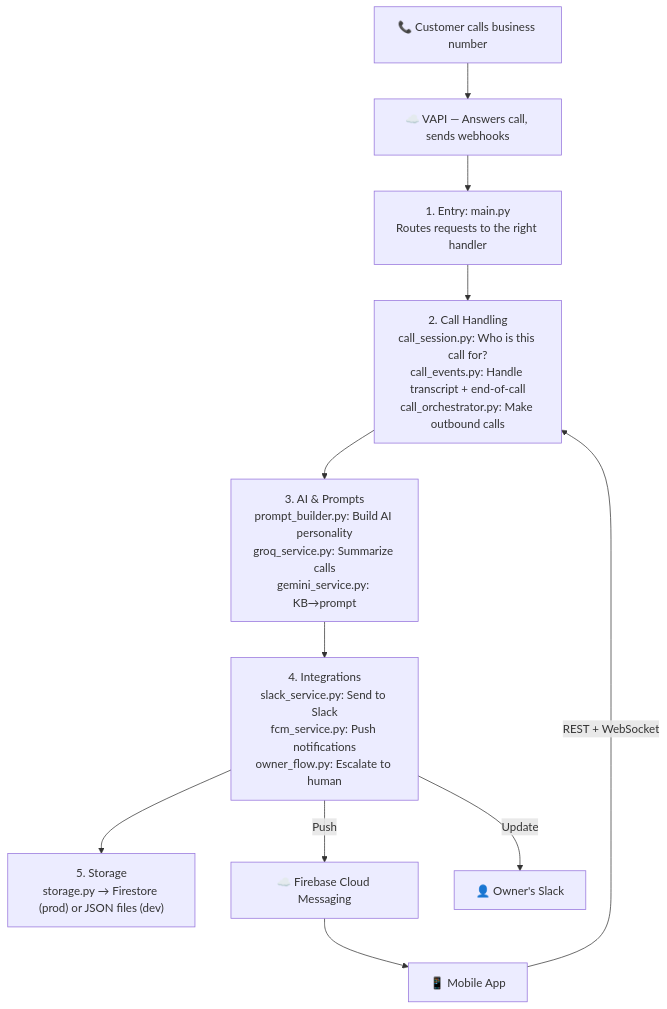
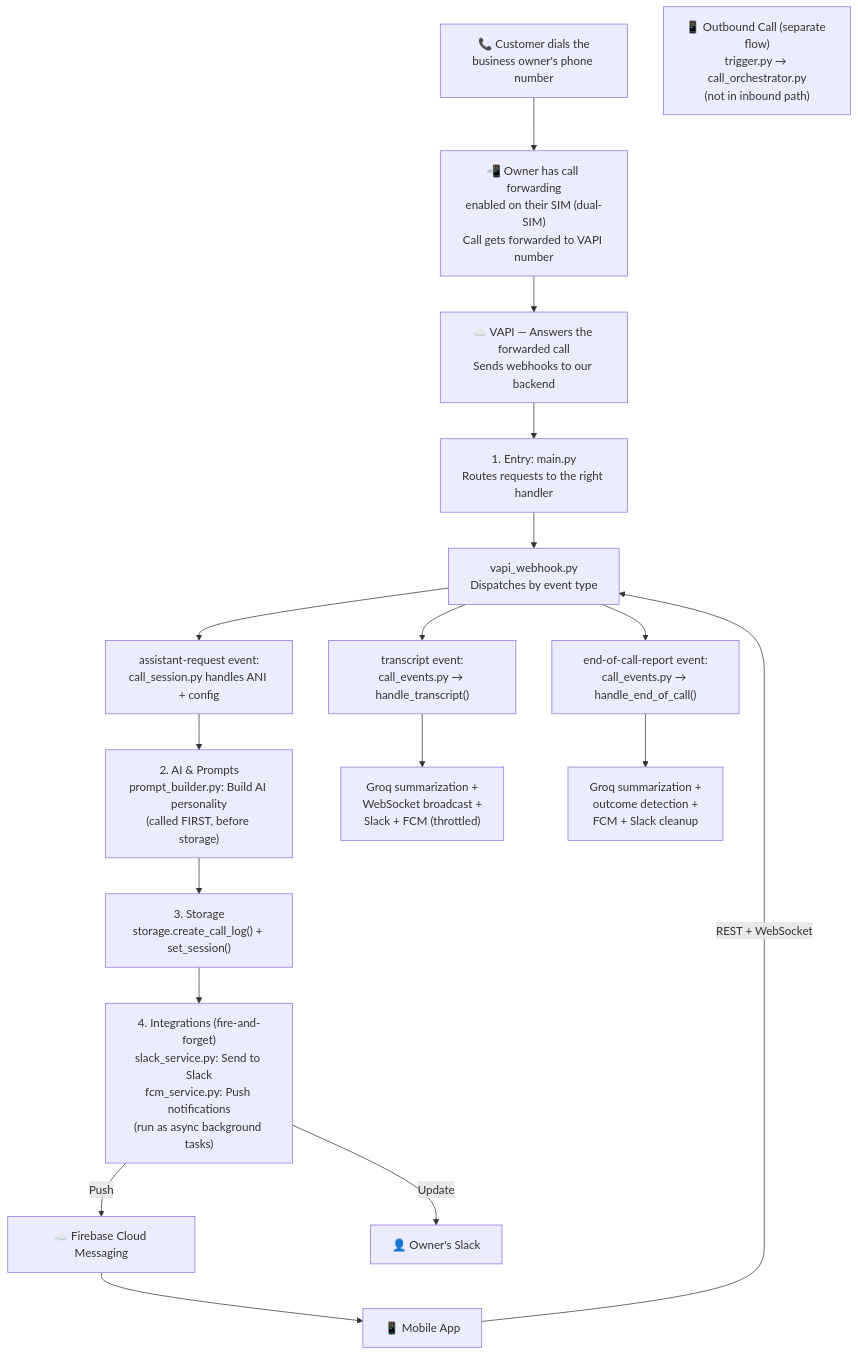
Before and after one commit to sarv-projects/study: the first of 18 diagrams in soundhound_prep/13_SuperOwl_Deep_Dive.md, drawn with Mermaid. The commit also changed other lines of this file and 4 other files, not shown here.

````diff
--- a/soundhound_prep/13_SuperOwl_Deep_Dive.md
+++ b/soundhound_prep/13_SuperOwl_Deep_Dive.md
@@ -18,22 +18,37 @@
 ```mermaid
 flowchart TB
-    Phone["📞 Customer calls business number"] --> VAPI
+    Phone["📞 Customer dials the<br/>business owner's phone number"] --> FORWARD
     
-    VAPI["☁️ VAPI — Answers call, sends webhooks"] --> ENTRY
+    FORWARD["📲 Owner has call forwarding<br/>enabled on their SIM (dual-SIM)<br/>Call gets forwarded to VAPI number"] --> VAPI
     
-    ENTRY["1. Entry: main.py<br/>Routes requests to the right handler"] --> CALLS
+    VAPI["☁️ VAPI — Answers the forwarded call<br/>Sends webhooks to our backend"] --> ENTRY
     
-    CALLS["2. Call Handling<br/>call_session.py: Who is this call for?<br/>call_events.py: Handle transcript + end-of-call<br/>call_orchestrator.py: Make outbound calls"] --> AI
+    ENTRY["1. Entry: main.py<br/>Routes requests to the right handler"] --> WEBHOOK
     
-    AI["3. AI & Prompts<br/>prompt_builder.py: Build AI personality<br/>groq_service.py: Summarize calls<br/>gemini_service.py: KB→prompt"] --> INT
+    WEBHOOK["vapi_webhook.py<br/>Dispatches by event type"] --> INBOUND
+    WEBHOOK --> TRANSCRIPT
+    WEBHOOK --> ENDCALL
     
-    INT["4. Integrations<br/>slack_service.py: Send to Slack<br/>fcm_service.py: Push notifications<br/>owner_flow.py: Escalate to human"] --> STORE
+    INBOUND["assistant-request event:<br/>call_session.py handles ANI + config"] --> AI
     
-    STORE["5. Storage<br/>storage.py → Firestore (prod) or JSON files (dev)"]
+    AI["2. AI & Prompts<br/>prompt_builder.py: Build AI personality<br/>(called FIRST, before storage)"] --> STORE
+    
+    STORE["3. Storage<br/>storage.create_call_log() + set_session()"] --> INT
+    
+    INT["4. Integrations (fire-and-forget)<br/>slack_service.py: Send to Slack<br/>fcm_service.py: Push notifications<br/>(run as async background tasks)"] 
+    
+    TRANSCRIPT["transcript event:<br/>call_events.py → handle_transcript()"] --> T_AI
+    T_AI["Groq summarization +<br/>WebSocket broadcast +<br/>Slack + FCM (throttled)"]
+    
+    ENDCALL["end-of-call-report event:<br/>call_events.py → handle_end_of_call()"] --> E_AI
+    E_AI["Groq summarization +<br/>outcome detection +<br/>FCM + Slack cleanup"]
     
     INT -->|"Push"| FCM["☁️ Firebase Cloud Messaging"]
     FCM --> APP["📱 Mobile App"]
     INT -->|"Update"| SLACK["👤 Owner's Slack"]
     
-    APP -->|"REST + WebSocket"| CALLS
+    APP -->|"REST + WebSocket"| WEBHOOK
+    
+    %% Outbound - separate flow
+    OUT["📱 Outbound Call (separate flow)<br/>trigger.py → call_orchestrator.py<br/>(not in inbound path)"]
 ```
````
